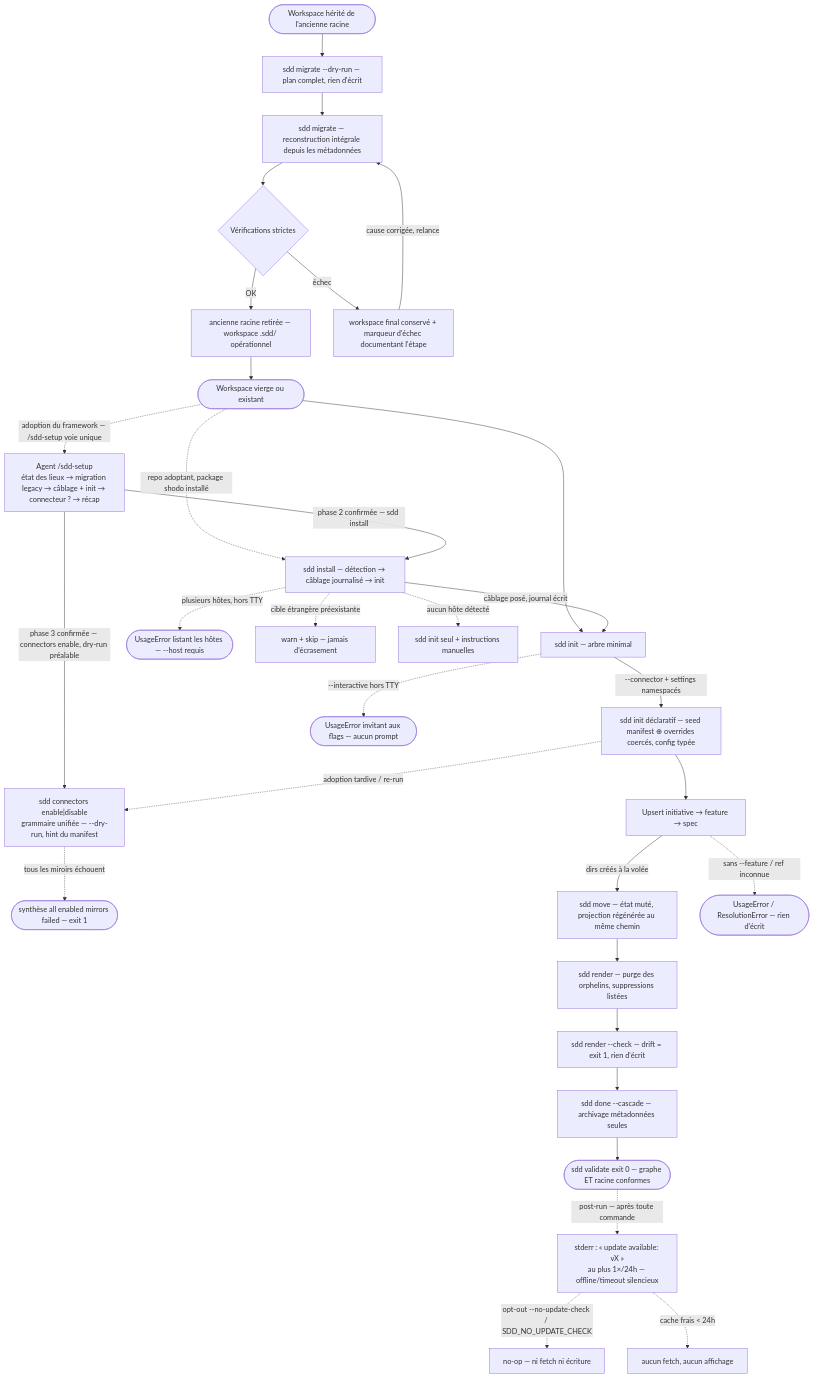
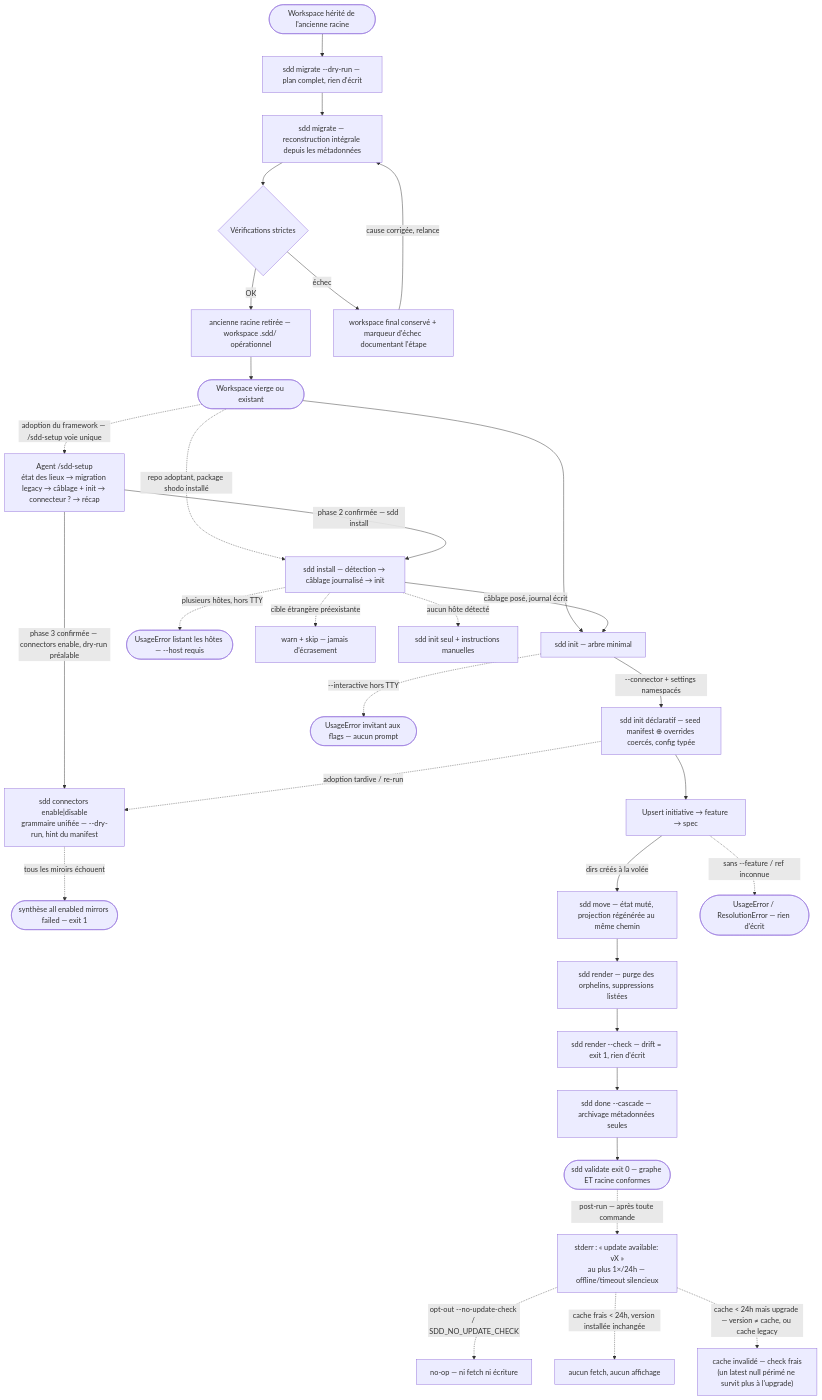
The diagram in .sdd/knowledge/domains/spec-model/behavior.md (ngdo-pro/sdd), drawn with Mermaid before and after one commit. The commit also changed other lines of this file and 15 other files, not shown here.

First line of the commit message:
fix(cli): invalidation du cache update-check au changement de version (spec 011)

````diff
--- a/.sdd/knowledge/domains/spec-model/behavior.md
+++ b/.sdd/knowledge/domains/spec-model/behavior.md
@@ -29,33 +29,34 @@
 ```mermaid
 flowchart TD
     Legacy([Workspace hérité de l'ancienne racine]) --> Plan[sdd migrate --dry-run — plan complet, rien d'écrit]
     Plan --> Migrate[sdd migrate — reconstruction intégrale depuis les métadonnées]
     Migrate --> Gate{Vérifications strictes}
     Gate -->|OK| Retire[ancienne racine retirée — workspace .sdd/ opérationnel]
     Gate -->|échec| Marker[workspace final conservé + marqueur d'échec documentant l'étape]
     Marker -->|cause corrigée, relance| Migrate
     Retire --> Start
     Start([Workspace vierge ou existant]) --> Init[sdd init — arbre minimal]
     Start -.->|repo adoptant, package shodo installé| Inst["sdd install — détection → câblage journalisé → init"]
     Inst -.->|plusieurs hôtes, hors TTY| ErrHost([UsageError listant les hôtes — --host requis])
     Inst -.->|cible étrangère préexistante| WarnSkip[warn + skip — jamais d'écrasement]
     Inst -->|câblage posé, journal écrit| Init
     Inst -.->|aucun hôte détecté| Deg[sdd init seul + instructions manuelles]
     Start -.->|adoption du framework — /sdd-setup voie unique| Setup["Agent /sdd-setup<br>état des lieux → migration legacy → câblage + init → connecteur ? → récap"]
     Setup -->|phase 2 confirmée — sdd install| Inst
     Setup -->|phase 3 confirmée — connectors enable, dry-run préalable| Late
     Init -->|--connector + settings namespacés| Decl[sdd init déclaratif — seed manifest ⊕ overrides coercés, config typée]
     Init -.->|--interactive hors TTY| ErrTTY([UsageError invitant aux flags — aucun prompt])
     Decl --> Frame[Upsert initiative → feature → spec]
     Decl -.->|adoption tardive / re-run| Late["sdd connectors enable|disable<br>grammaire unifiée — --dry-run, hint du manifest"]
     Late -.->|tous les miroirs échouent| Fail1([synthèse all enabled mirrors failed — exit 1])
     Frame -->|dirs créés à la volée| Move[sdd move — état muté, projection régénérée au même chemin]
     Frame -.->|sans --feature / ref inconnue| Err([UsageError / ResolutionError — rien d'écrit])
     Move --> Render[sdd render — purge des orphelins, suppressions listées]
     Render --> Check[sdd render --check — drift = exit 1, rien d'écrit]
     Check --> Done[sdd done --cascade — archivage métadonnées seules]
     Done --> Valid([sdd validate exit 0 — graphe ET racine conformes])
     Valid -.->|post-run — après toute commande| Notice["stderr : « update available: vX »<br>au plus 1×/24h — offline/timeout silencieux"]
     Notice -.->|opt-out --no-update-check / SDD_NO_UPDATE_CHECK| Mute[no-op — ni fetch ni écriture]
-    Notice -.->|cache frais < 24h| NoFetch[aucun fetch, aucun affichage]
+    Notice -.->|cache frais < 24h, version installée inchangée| NoFetch[aucun fetch, aucun affichage]
+    Notice -.->|cache < 24h mais upgrade — version ≠ cache, ou cache legacy| Refresh["cache invalidé — check frais<br>(un latest null périmé ne survit plus à l'upgrade)"]
 ```
````
